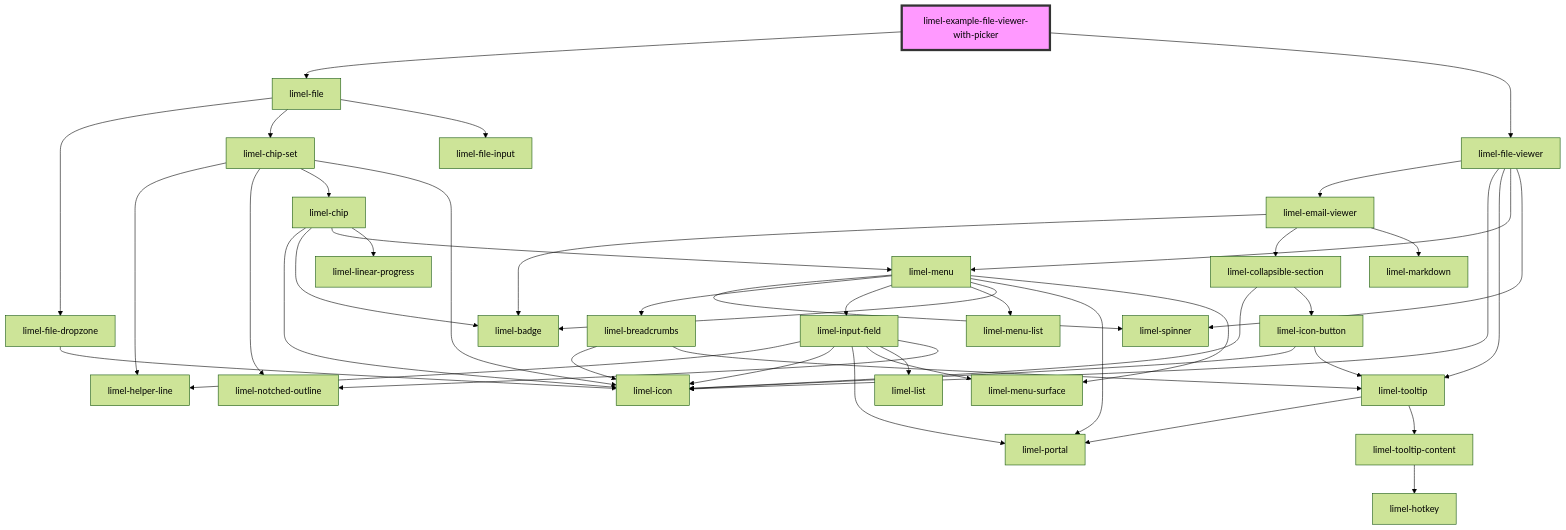
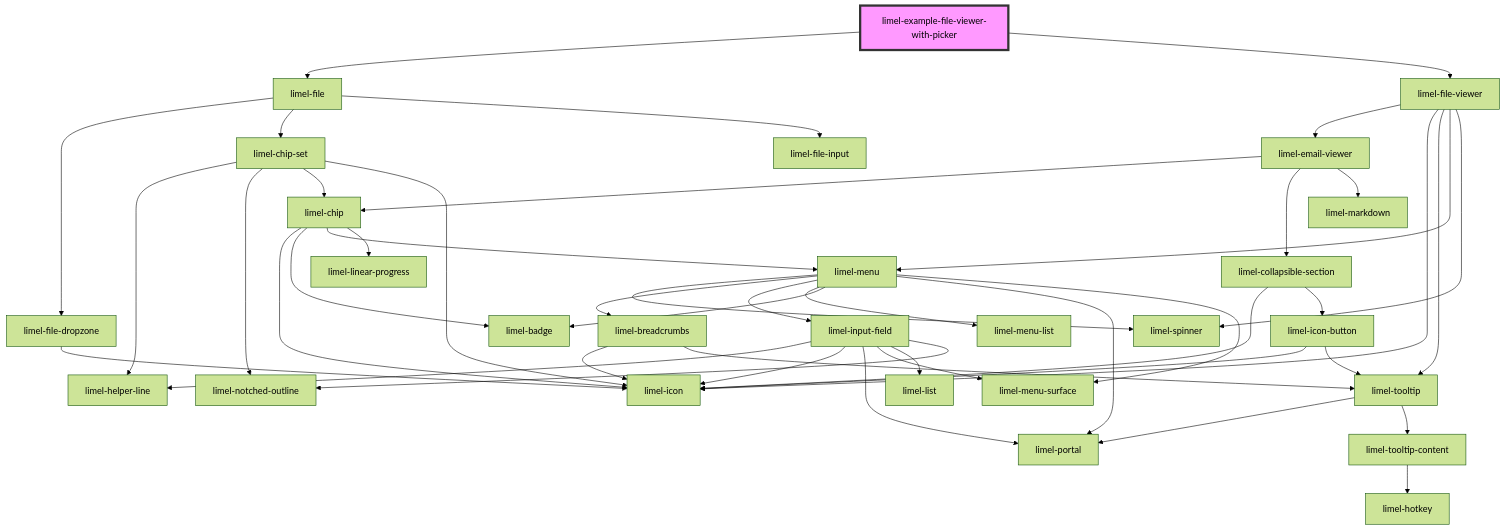
Before and after one commit to Lundalogik/lime-elements: the diagram in versions/PR-4076/markdown-docs/components/file-viewer/examples/readme.md, drawn with Mermaid (forest theme). The commit also changed 50 other files, not shown here.

````diff
--- a/versions/PR-4076/markdown-docs/components/file-viewer/examples/readme.md
+++ b/versions/PR-4076/markdown-docs/components/file-viewer/examples/readme.md
@@ -20,48 +20,48 @@
 ```mermaid
 graph TD;
   limel-example-file-viewer-with-picker --> limel-file
   limel-example-file-viewer-with-picker --> limel-file-viewer
   limel-file --> limel-file-dropzone
   limel-file --> limel-chip-set
   limel-file --> limel-file-input
   limel-file-dropzone --> limel-icon
   limel-chip-set --> limel-helper-line
   limel-chip-set --> limel-notched-outline
   limel-chip-set --> limel-chip
   limel-chip-set --> limel-icon
   limel-chip --> limel-icon
   limel-chip --> limel-badge
   limel-chip --> limel-menu
   limel-chip --> limel-linear-progress
   limel-menu --> limel-spinner
   limel-menu --> limel-breadcrumbs
   limel-menu --> limel-input-field
   limel-menu --> limel-menu-list
   limel-menu --> limel-badge
   limel-menu --> limel-portal
   limel-menu --> limel-menu-surface
   limel-breadcrumbs --> limel-icon
   limel-breadcrumbs --> limel-tooltip
   limel-tooltip --> limel-portal
   limel-tooltip --> limel-tooltip-content
   limel-tooltip-content --> limel-hotkey
   limel-input-field --> limel-helper-line
   limel-input-field --> limel-icon
   limel-input-field --> limel-portal
   limel-input-field --> limel-menu-surface
   limel-input-field --> limel-list
   limel-input-field --> limel-notched-outline
   limel-file-viewer --> limel-email-viewer
   limel-file-viewer --> limel-icon
   limel-file-viewer --> limel-tooltip
   limel-file-viewer --> limel-menu
   limel-file-viewer --> limel-spinner
-  limel-email-viewer --> limel-badge
+  limel-email-viewer --> limel-chip
   limel-email-viewer --> limel-collapsible-section
   limel-email-viewer --> limel-markdown
   limel-collapsible-section --> limel-icon
   limel-collapsible-section --> limel-icon-button
   limel-icon-button --> limel-icon
   limel-icon-button --> limel-tooltip
   style limel-example-file-viewer-with-picker fill:#f9f,stroke:#333,stroke-width:4px
 ```
````
